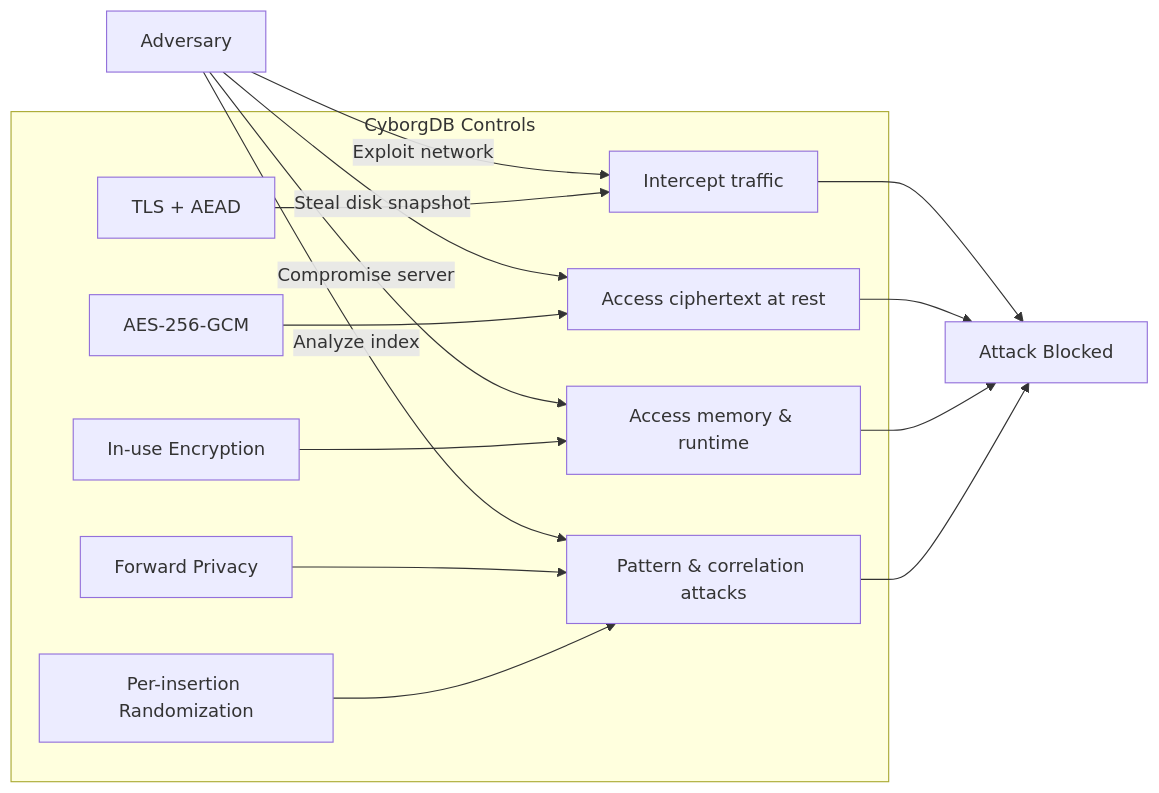
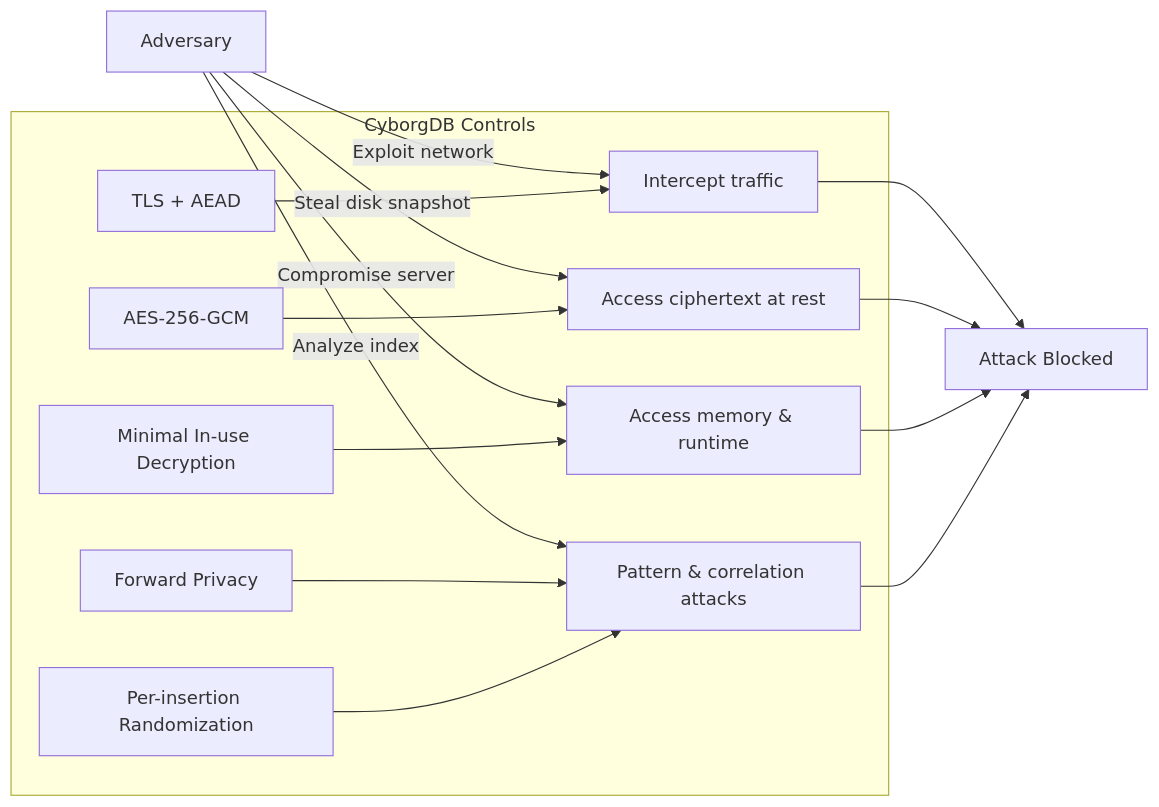
The second of 2 diagrams in versions/next/intro/threat-model.mdx (cyborginc/cyborgdb-docs), drawn with Mermaid before and after one commit. The commit also changed other lines of this file and 11 other files, not shown here.

````diff
--- a/versions/next/intro/threat-model.mdx
+++ b/versions/next/intro/threat-model.mdx
@@ -134,20 +134,20 @@
 ```mermaid
 flowchart LR
     A[Adversary] -->|Exploit network| B[Intercept traffic]
     A -->|Steal disk snapshot| C[Access ciphertext at rest]
     A -->|Compromise server| D[Access memory & runtime]  
     A -->|Analyze index| E[Pattern & correlation attacks]
     
     subgraph "CyborgDB Controls"
         F[TLS + AEAD] --> B
         G[AES-256-GCM] --> C
-        H[In-use Encryption] --> D
+        H[Minimal In-use Decryption] --> D
         I[Forward Privacy] --> E
         J[Per-insertion Randomization] --> E
     end
     
     B --> K[Attack Blocked]
     C --> K
     D --> K
     E --> K
 ```
````
